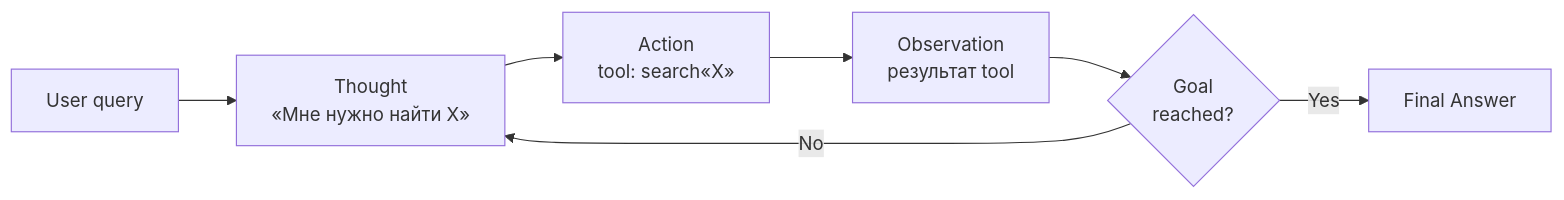
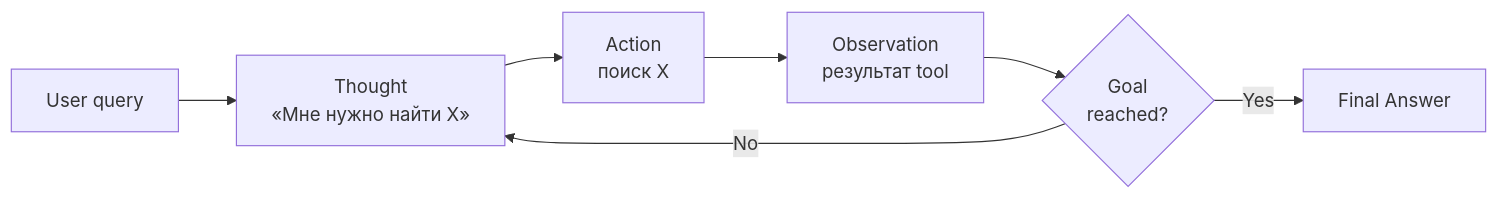
The first of 5 diagrams in cheatsheets/interview/ai-ml/agentic-patterns-interview.md (akeverus/cheat-sheet), drawn with Mermaid before and after one commit. The commit also changed other lines of this file and 10 other files, not shown here.

````diff
--- a/cheatsheets/interview/ai-ml/agentic-patterns-interview.md
+++ b/cheatsheets/interview/ai-ml/agentic-patterns-interview.md
@@ -156,9 +137,9 @@
 ```mermaid
 flowchart LR
     Start[User query] --> Thought[Thought<br/>«Мне нужно найти X»]
-    Thought --> Action[Action<br/>tool: search«X»]
+    Thought --> Action[Action<br/>поиск X]
     Action --> Obs[Observation<br/>результат tool]
     Obs --> Decide{Goal<br/>reached?}
     Decide -->|No| Thought
     Decide -->|Yes| Final[Final Answer]
 ```
````
